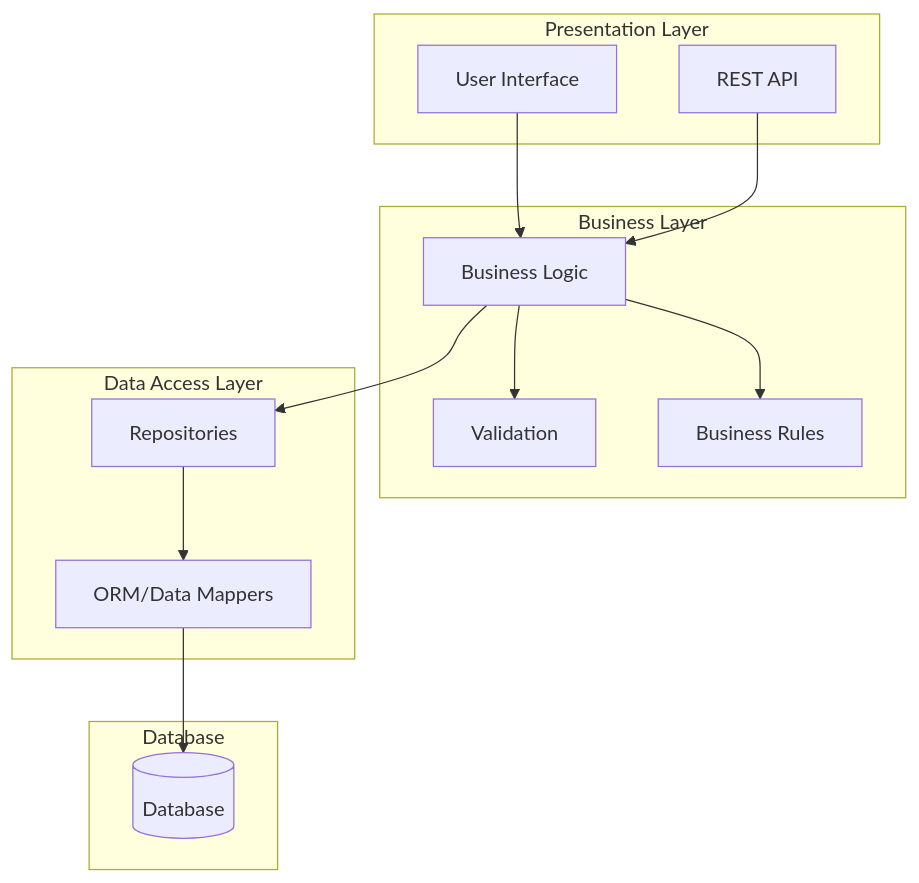
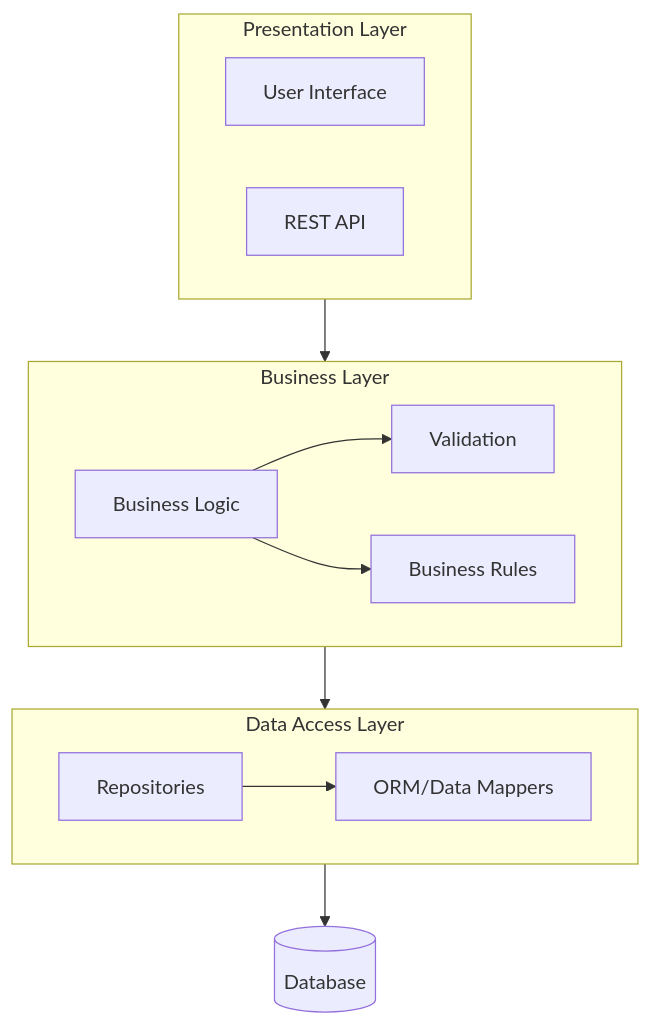
Before and after one commit to flatrick/agent-skills: the tenth of 19 diagrams in mastery-of-mermaid/references/common-patterns.md, drawn with Mermaid. The commit also changed other lines of this file and 8 other files, not shown here.

````diff
--- a/mastery-of-mermaid/references/common-patterns.md
+++ b/mastery-of-mermaid/references/common-patterns.md
@@ -252,30 +252,28 @@
 ```mermaid
 flowchart TD
     subgraph Presentation_Layer[Presentation Layer]
         UI[User Interface]
         API[REST API]
     end
 
     subgraph Business_Layer[Business Layer]
         BL[Business Logic]
         Validation[Validation]
         Rules[Business Rules]
     end
 
     subgraph Data_Access_Layer[Data Access Layer]
         Repo[Repositories]
         ORM[ORM/Data Mappers]
     end
 
-    subgraph Database
-        DB[(Database)]
-    end
+    DB[(Database)]
 
-    UI --> BL
-    API --> BL
     BL --> Validation
     BL --> Rules
-    BL --> Repo
     Repo --> ORM
-    ORM --> DB
+
+    Presentation_Layer --> Business_Layer
+    Business_Layer --> Data_Access_Layer
+    Data_Access_Layer --> DB
 ```
````
